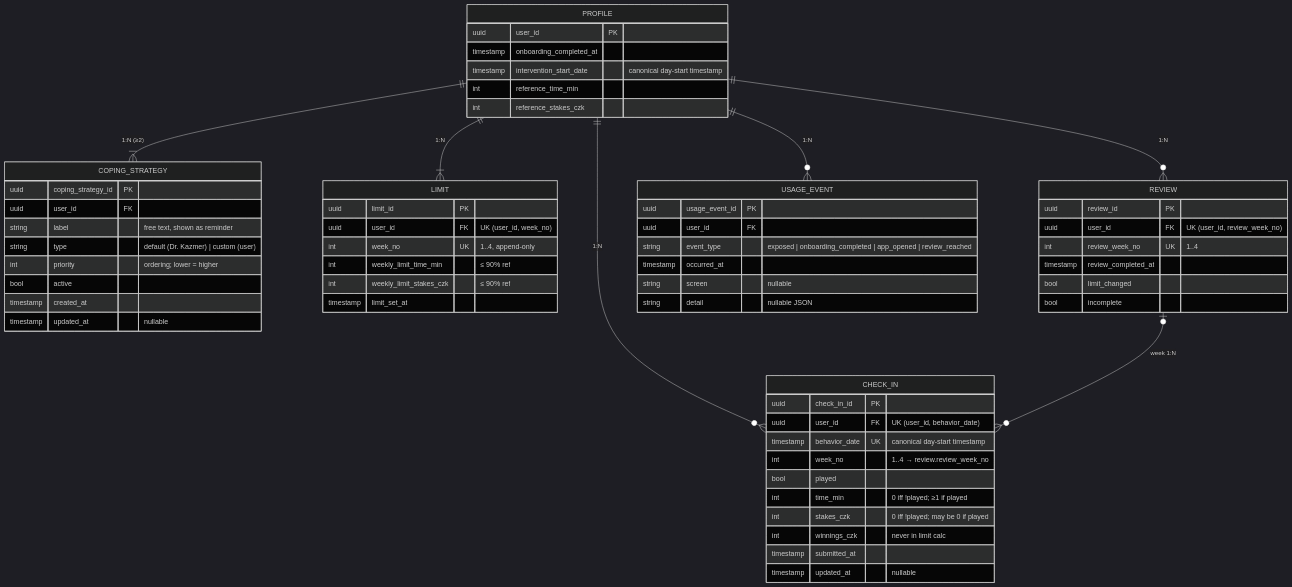
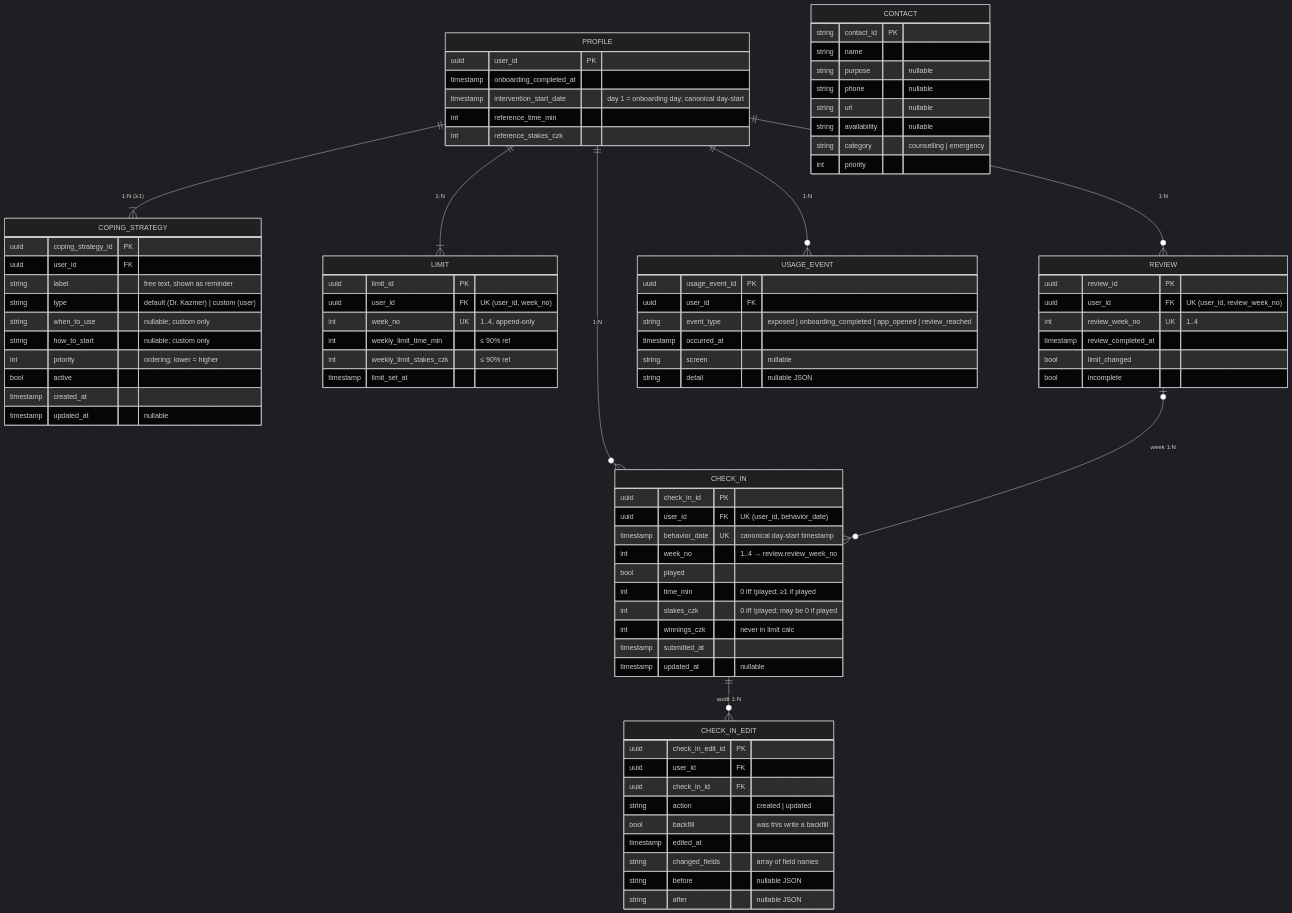
Before and after one commit to janmnovam/NUDZ_gamble: the diagram in docs/data-model.md, drawn with Mermaid (dark theme). The commit also changed other lines of this file and 3 other files, not shown here.

First line of the commit message:
docs(data-model): correct the model against the code, regenerate diagrams

````diff
--- a/docs/data-model.md
+++ b/docs/data-model.md
@@ -23,16 +37,17 @@
 ```mermaid
 erDiagram
-    PROFILE ||--|{ COPING_STRATEGY : "1:N (≥2)"
+    PROFILE ||--|{ COPING_STRATEGY : "1:N (≥1)"
     PROFILE ||--|{ LIMIT : "1:N"
     PROFILE ||--o{ CHECK_IN : "1:N"
     PROFILE ||--o{ REVIEW : "1:N"
     PROFILE ||--o{ USAGE_EVENT : "1:N"
     REVIEW |o--o{ CHECK_IN : "week 1:N"
+    CHECK_IN ||--o{ CHECK_IN_EDIT : "audit 1:N"
 
     PROFILE {
         uuid user_id PK
         timestamp onboarding_completed_at
-        timestamp intervention_start_date "canonical day-start timestamp"
+        timestamp intervention_start_date "day 1 = onboarding day; canonical day-start"
         int reference_time_min
         int reference_stakes_czk
     }
@@ -41,6 +56,8 @@
         uuid user_id FK
         string label "free text, shown as reminder"
         string type "default (Dr. Kazmer) | custom (user)"
+        string when_to_use "nullable; custom only"
+        string how_to_start "nullable; custom only"
         int priority "ordering; lower = higher"
         bool active
         timestamp created_at
@@ -82,4 +99,25 @@
         string screen "nullable"
         string detail "nullable JSON"
     }
+    CHECK_IN_EDIT {
+        uuid check_in_edit_id PK
+        uuid user_id FK
+        uuid check_in_id FK
+        string action "created | updated"
+        bool backfill "was this write a backfill"
+        timestamp edited_at
+        string changed_fields "array of field names"
+        string before "nullable JSON"
+        string after "nullable JSON"
+    }
+    CONTACT {
+        string contact_id PK
+        string name
+        string purpose "nullable"
+        string phone "nullable"
+        string url "nullable"
+        string availability "nullable"
+        string category "counselling | emergency"
+        int priority
+    }
 ```
````
